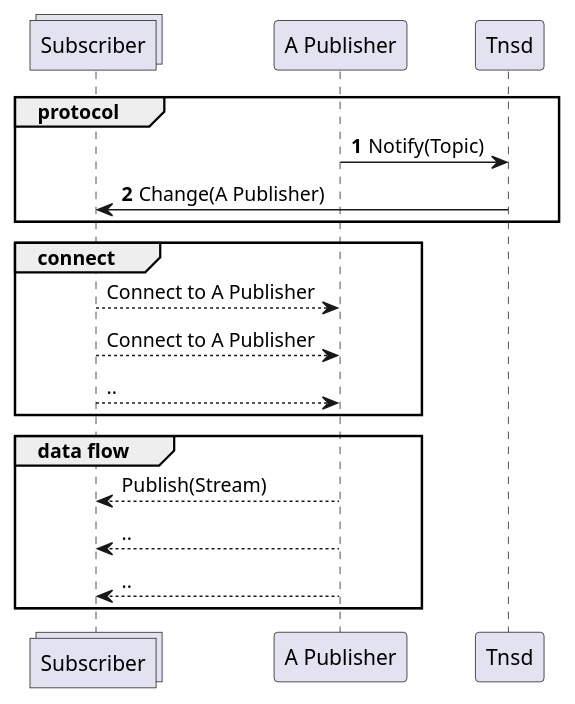
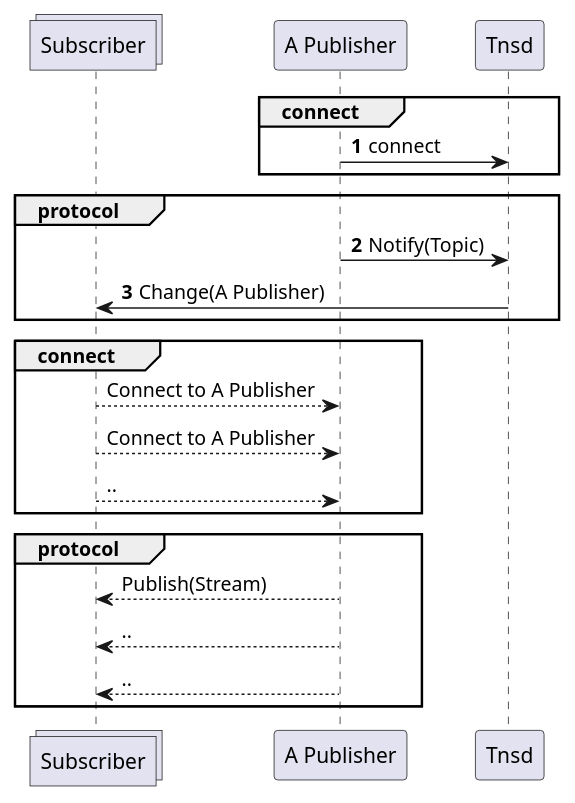
The diagram in doori-uml/Publisher flow.puml (dooripapa/doori-project), drawn with PlantUML before and after one commit. The commit also changed 18 other files, not shown here.

```diff
--- a/doori-uml/Publisher flow.puml
+++ b/doori-uml/Publisher flow.puml
@@ -1,26 +1,29 @@
 @startuml
 'https://plantuml.com/sequence-diagram
 
 collections Subscriber as Subscriber
 
 autonumber
+group connect
+    "A Publisher" -> Tnsd : connect
+end
 group protocol
     "A Publisher" -> Tnsd : Notify(Topic)
     Tnsd -> Subscriber : Change(A Publisher)
 end
 
 autonumber stop
 group connect
     "A Publisher" <-- Subscriber : Connect to A Publisher
     "A Publisher" <-- Subscriber : Connect to A Publisher
     "A Publisher" <-- Subscriber : ..
 end
 
 autonumber stop
-group data flow
+group protocol
     Subscriber <-- "A Publisher" : Publish(Stream)
     Subscriber <-- "A Publisher" : ..
     Subscriber <-- "A Publisher" : ..
 end
 
 @enduml
```
